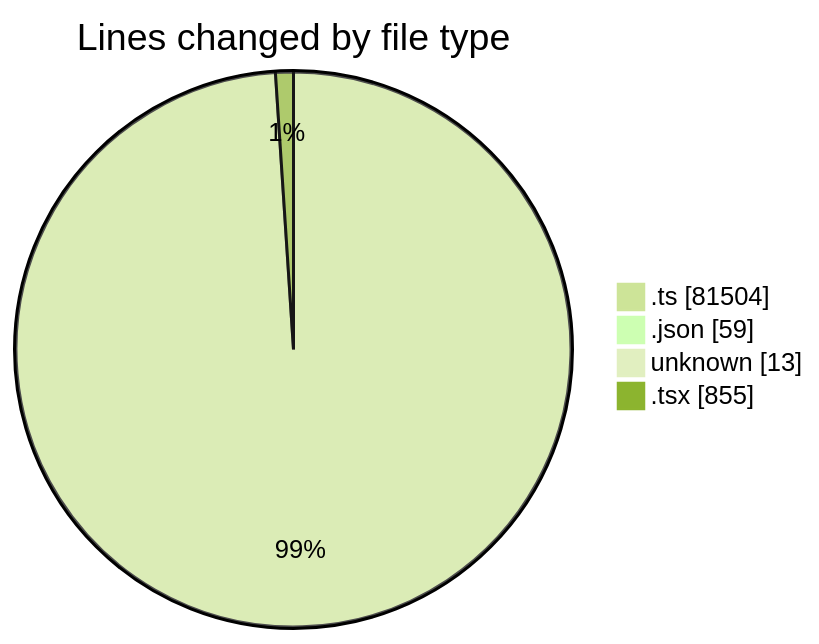
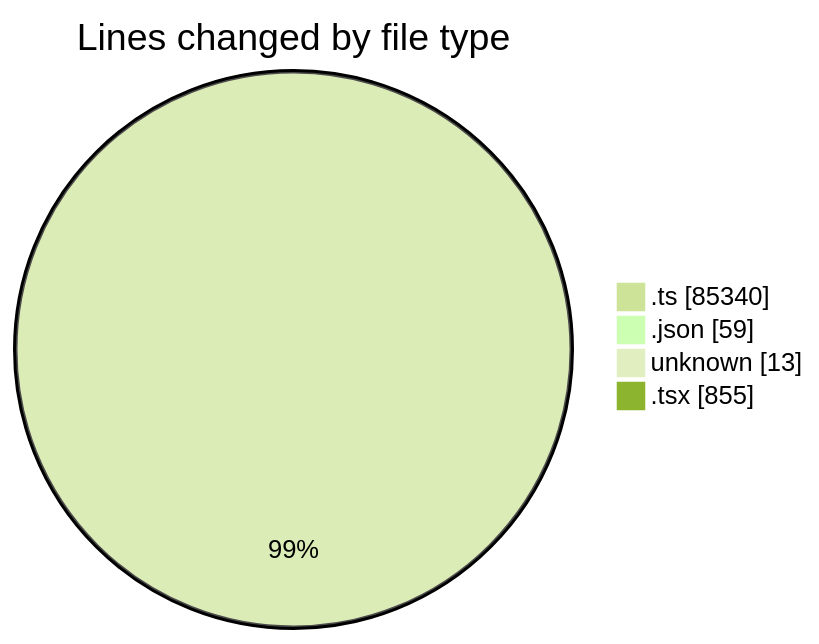
Before and after one commit to momahboobian/code-tracking: the first of 2 diagrams in 2025-09-09/cda/README.md, drawn with Mermaid (forest theme). The commit also changed other lines of this file and 1 other file, not shown here.

````diff
--- a/2025-09-09/cda/README.md
+++ b/2025-09-09/cda/README.md
@@ -128,8 +129,8 @@
 ```mermaid
 pie showData
 title Lines changed by file type
-".ts" : 81504
+".ts" : 85340
 ".json" : 59
 "unknown" : 13
 ".tsx" : 855
 ```
````
